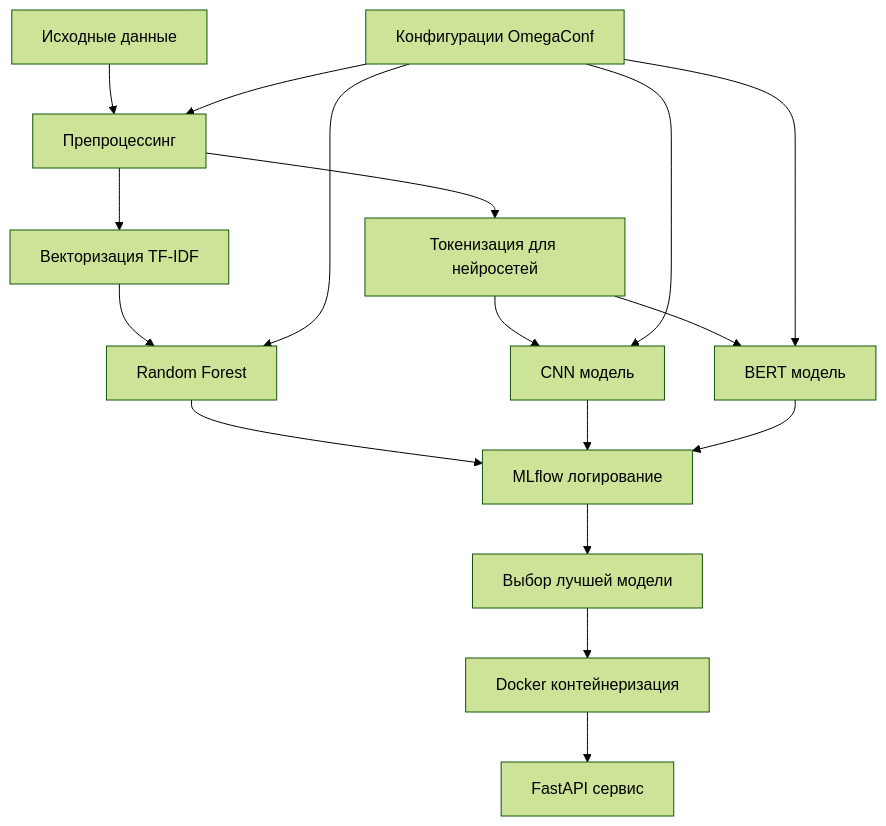
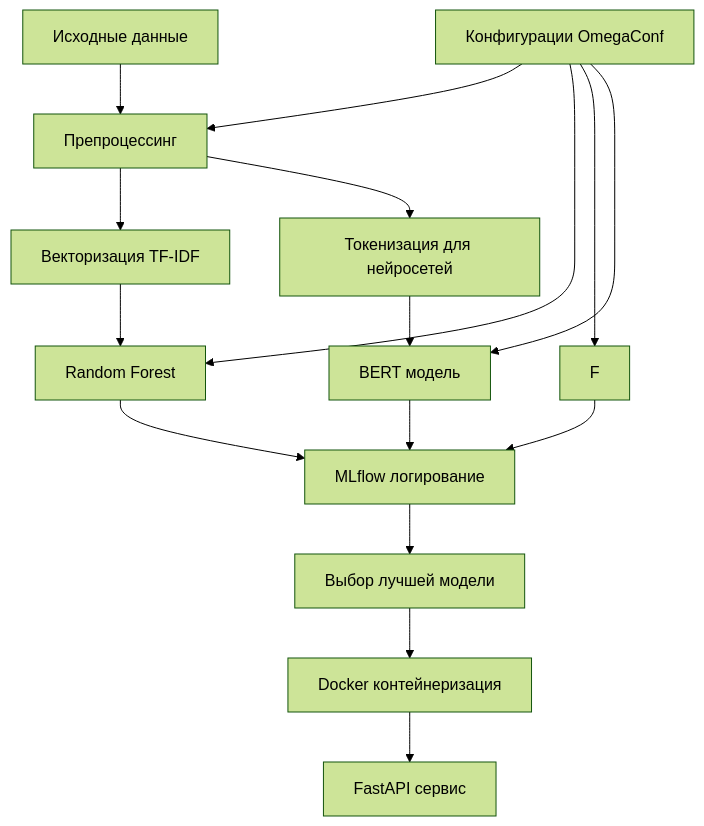
One commit to Ferrumnyak/MLOps-Course_Work- changed the diagram in README.md. Above: the diagram before and after it, drawn with Mermaid (forest theme). The commit also changed other lines of this file and 1 other file, not shown here.

````diff
--- a/README.md
+++ b/README.md
@@ -31,23 +31,22 @@
 ```mermaid
 graph TB
     A[Исходные данные] --> B[Препроцессинг]
     B --> C[Векторизация TF-IDF]
     B --> D[Токенизация для нейросетей]
     
     C --> E[Random Forest]
-    D --> F[CNN модель]
     D --> G[BERT модель]
     
     E --> H[MLflow логирование]
     F --> H
     G --> H
     
     H --> I[Выбор лучшей модели]
     I --> J[Docker контейнеризация]
     J --> K[FastAPI сервис]
     
     M[Конфигурации OmegaConf] --> B
     M --> E
     M --> F
     M --> G
 ```
````
